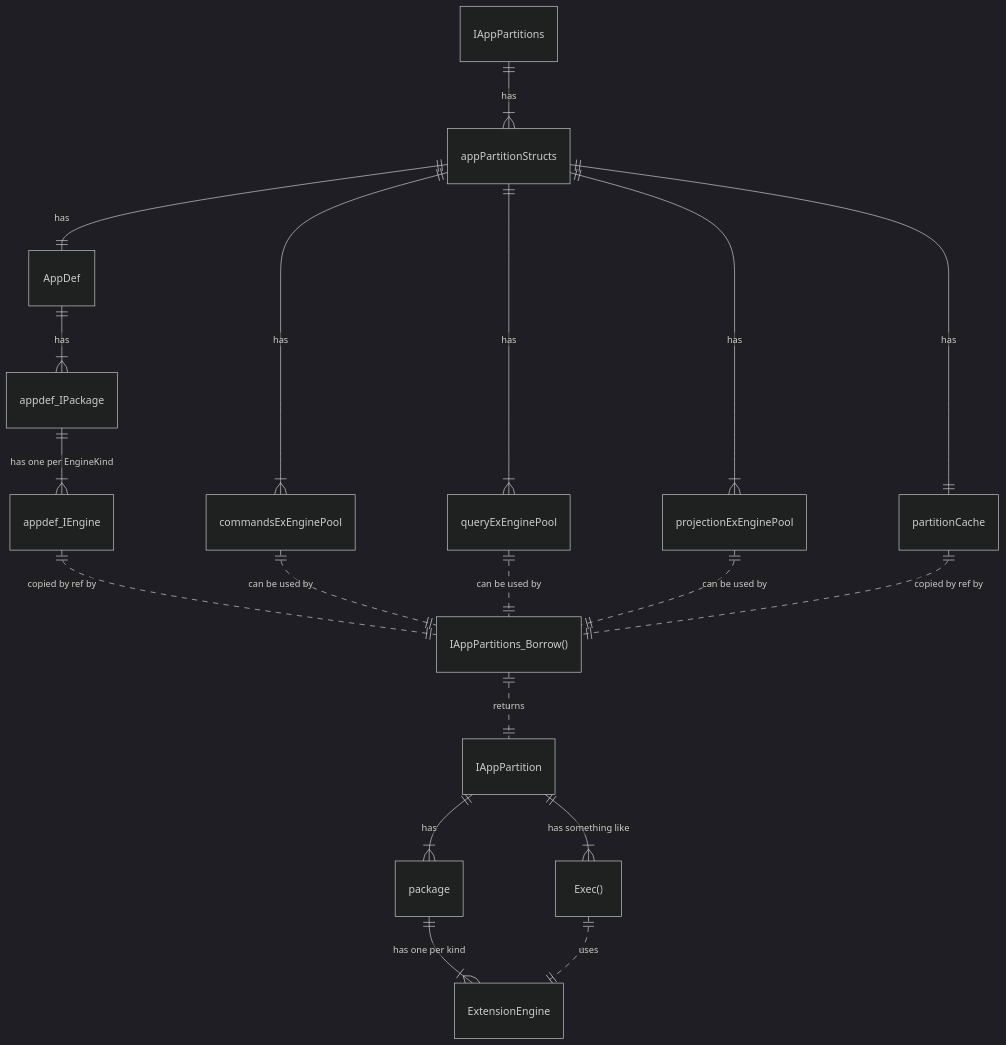
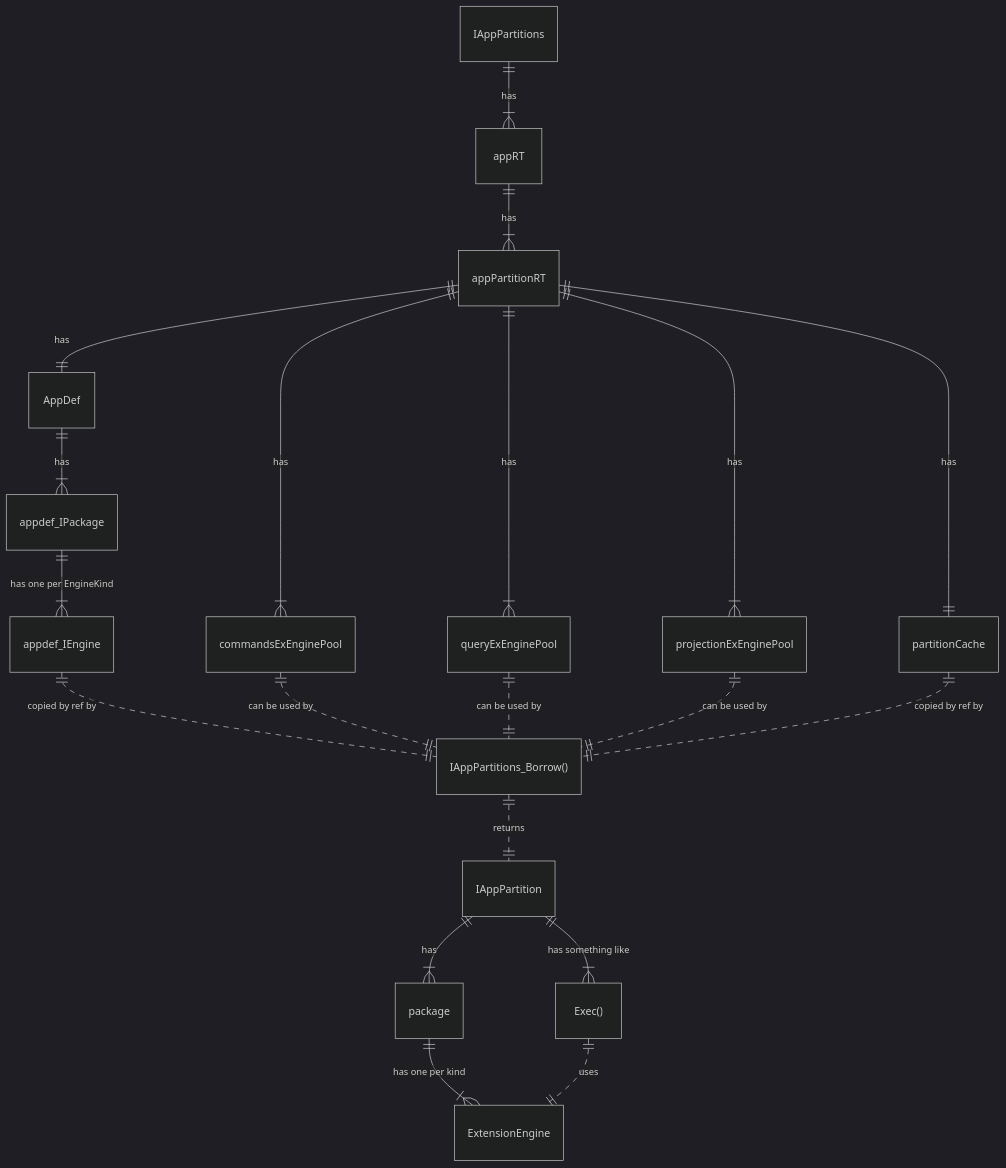
Before and after one commit to voedger/voedger: the fifth of 15 diagrams in design/README.md, drawn with Mermaid (dark theme). The commit also changed other lines of this file, not shown here.

Commit message:
ExtensionMemory

````diff
--- a/design/README.md
+++ b/design/README.md
@@ -169,30 +169,32 @@
 ```mermaid
     erDiagram
 
-    IAppPartitions ||--|{ appPartitionStructs : "has"
+    IAppPartitions ||--|{ appRT : "has"
 
-    appPartitionStructs ||--|| AppDef : "has"
-    appPartitionStructs  ||--|{ commandsExEnginePool : "has"
-    appPartitionStructs  ||--|{ queryExEnginePool : "has"
-    appPartitionStructs  ||--|{ projectionExEnginePool : "has"
-    appPartitionStructs  ||--|| partitionCache: "has"
+    appRT ||--|{ appPartitionRT : "has"
+
+    appPartitionRT ||--|| AppDef : "has"
+    appPartitionRT  ||--|{ commandsExEnginePool : "has"
+    appPartitionRT  ||--|{ queryExEnginePool : "has"
+    appPartitionRT  ||--|{ projectionExEnginePool : "has"
+    appPartitionRT  ||--|| partitionCache: "has"
 
 
     AppDef ||--|{ appdef_IPackage : "has"
     appdef_IPackage ||--|{ appdef_IEngine : "has one per EngineKind"
 
     appdef_IEngine ||..|| "IAppPartitions_Borrow()": "copied by ref by"
     
     commandsExEnginePool ||..|| "IAppPartitions_Borrow()": "can be used by"
     queryExEnginePool ||..|| "IAppPartitions_Borrow()": "can be used by"
     projectionExEnginePool ||..|| "IAppPartitions_Borrow()": "can be used by"
     partitionCache ||..|| "IAppPartitions_Borrow()": "copied by ref by"
 
     "IAppPartitions_Borrow()" ||..|| "IAppPartition": "returns"
 
     IAppPartition ||--|{ package : "has"
     package ||--|{ ExtensionEngine : "has one per kind"
     IAppPartition ||--|{ "Exec()" : "has something like"
 
     "Exec()" ||..|| ExtensionEngine : "uses"
 ```
````
